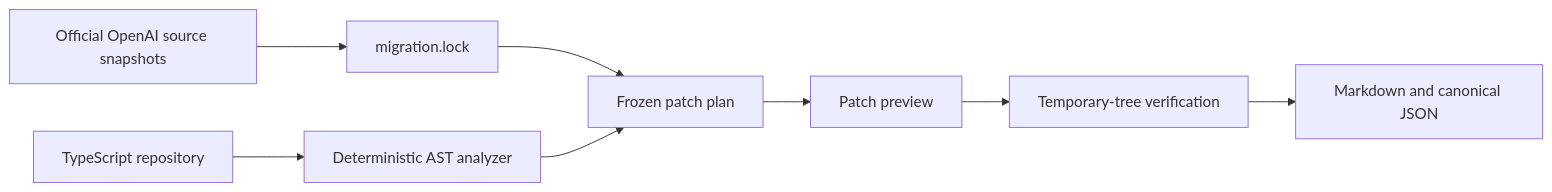
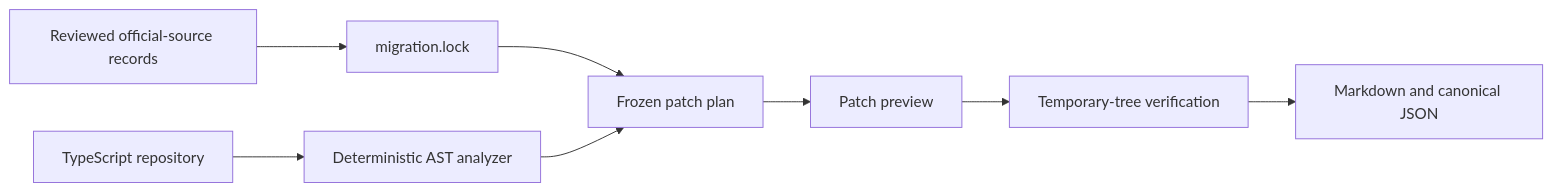
Before and after one commit to sujileelea/openai-migration-doctor: the diagram in README.md, drawn with Mermaid. The commit also changed other lines of this file and 2 other files, not shown here.

Commit message:
docs: clarify source provenance lifecycle

````diff
--- a/README.md
+++ b/README.md
@@ -89,10 +89,10 @@
 ```mermaid
 flowchart LR
-    A[Official OpenAI source snapshots] --> B[migration.lock]
+    A[Reviewed official-source records] --> B[migration.lock]
     C[TypeScript repository] --> D[Deterministic AST analyzer]
     B --> E[Frozen patch plan]
     D --> E
     E --> F[Patch preview]
     F --> G[Temporary-tree verification]
     G --> H[Markdown and canonical JSON]
 ```
````
